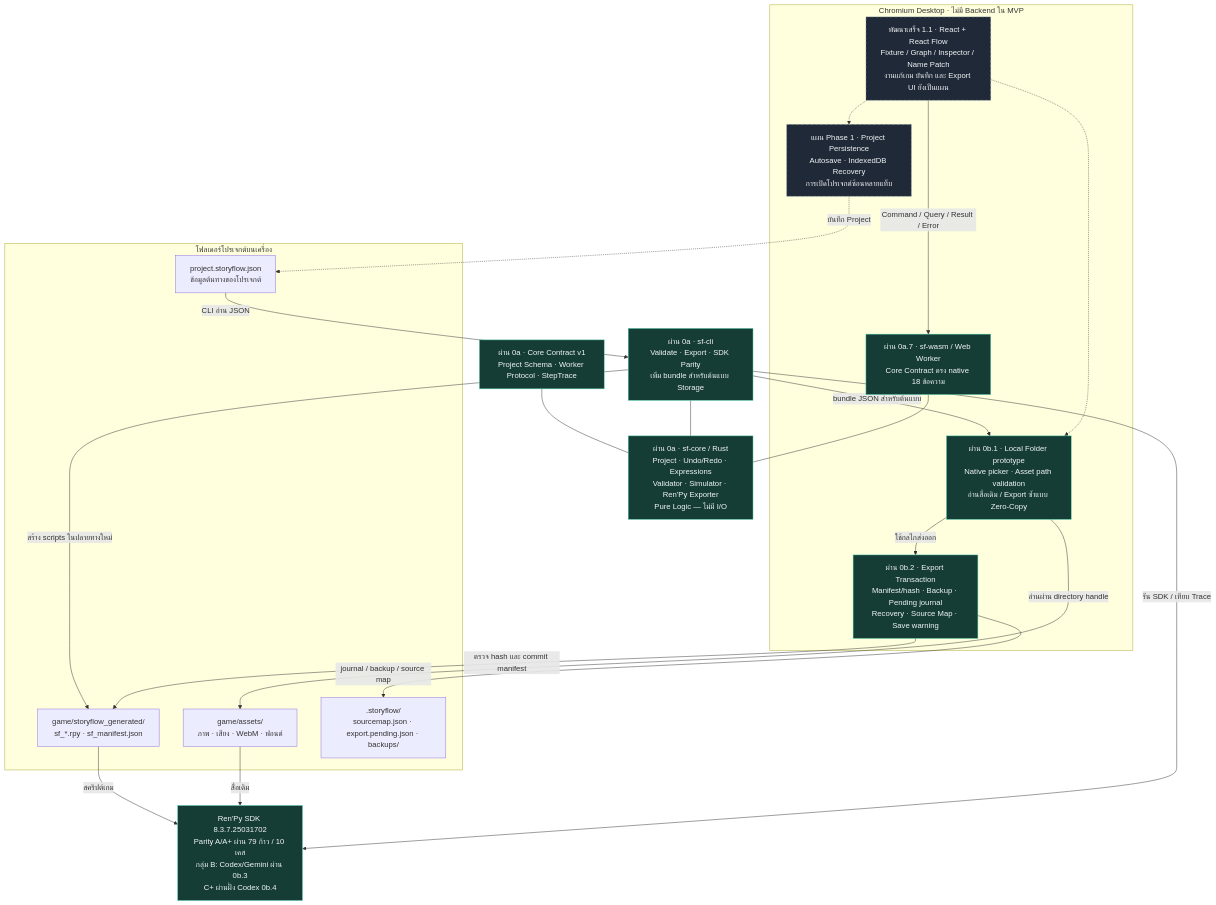
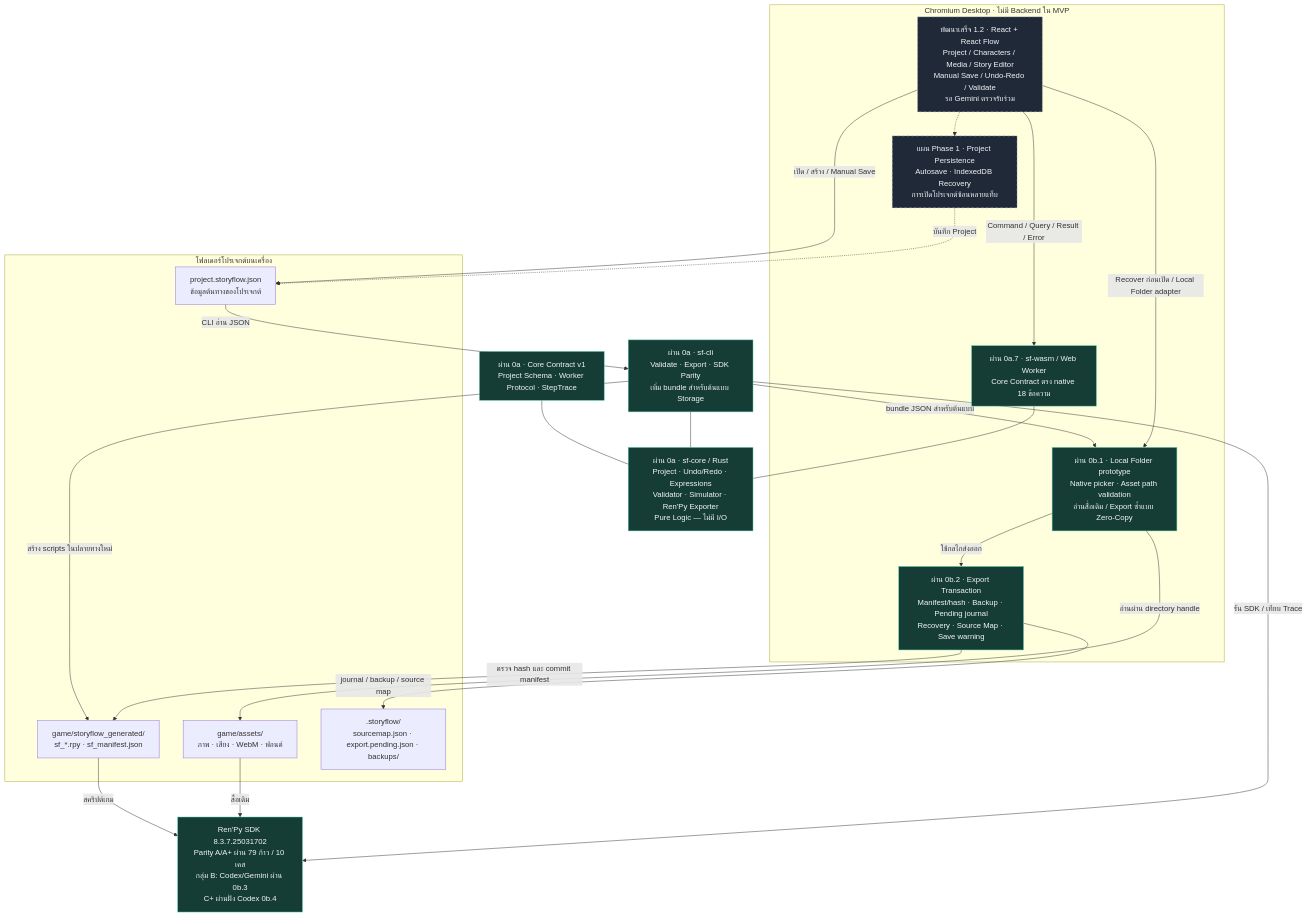
The first of 2 diagrams in readme.md (anuwatm/GameStudio), drawn with Mermaid before and after one commit. The commit also changed other lines of this file and 47 other files, not shown here.

First line of the commit message:
feat: complete Phase 1.2 (Project & Story Editor)

````diff
--- a/readme.md
+++ b/readme.md
@@ -38,47 +38,48 @@
 ```mermaid
 flowchart TB
     Contract["ผ่าน 0a · Core Contract v1<br/>Project Schema · Worker Protocol · StepTrace"]
     Core["ผ่าน 0a · sf-core / Rust<br/>Project · Undo/Redo · Expressions<br/>Validator · Simulator · Ren'Py Exporter<br/>Pure Logic — ไม่มี I/O"]
     CLI["ผ่าน 0a · sf-cli<br/>Validate · Export · SDK Parity<br/>เพิ่ม bundle สำหรับต้นแบบ Storage"]
 
     subgraph Browser["Chromium Desktop · ไม่มี Backend ใน MVP"]
-        UI["พัฒนาเสร็จ 1.1 · React + React Flow<br/>Fixture / Graph / Inspector / Name Patch<br/>งานแก้เกม บันทึก และ Export UI ยังเป็นแผน"]
+        UI["พัฒนาเสร็จ 1.2 · React + React Flow<br/>Project / Characters / Media / Story Editor<br/>Manual Save / Undo-Redo / Validate<br/>รอ Gemini ตรวจรับร่วม"]
         Worker["ผ่าน 0a.7 · sf-wasm / Web Worker<br/>Core Contract ตรง native 18 ข้อความ"]
         Local["ผ่าน 0b.1 · Local Folder prototype<br/>Native picker · Asset path validation<br/>อ่านสื่อเดิม / Export ซ้ำแบบ Zero-Copy"]
         Tx["ผ่าน 0b.2 · Export Transaction<br/>Manifest/hash · Backup · Pending journal<br/>Recovery · Source Map · Save warning"]
         Save["แผน Phase 1 · Project Persistence<br/>Autosave · IndexedDB Recovery<br/>การเปิดโปรเจกต์ซ้อนหลายแท็บ"]
     end
 
     subgraph Disk["โฟลเดอร์โปรเจกต์บนเครื่อง"]
         Project["project.storyflow.json<br/>ข้อมูลต้นทางของโปรเจกต์"]
         Assets["game/assets/<br/>ภาพ · เสียง · WebM · ฟอนต์"]
         Generated["game/storyflow_generated/<br/>sf_*.rpy · sf_manifest.json"]
         Meta[".storyflow/<br/>sourcemap.json · export.pending.json · backups/"]
     end
     SDK["Ren'Py SDK 8.3.7.25031702<br/>Parity A/A+ ผ่าน 79 ก้าว / 10 เคส<br/>กลุ่ม B: Codex/Gemini ผ่าน 0b.3<br/>C+ ผ่านฝั่ง Codex 0b.4"]
 
     Contract --- Core
     CLI --- Core
     Worker --- Core
     Project -->|"CLI อ่าน JSON"| CLI
     CLI -->|"สร้าง scripts ในปลายทางใหม่"| Generated
     CLI -->|"bundle JSON สำหรับต้นแบบ"| Local
     Local -->|"อ่านผ่าน directory handle"| Assets
     Local -->|"ใช้กลไกส่งออก"| Tx
     Tx -->|"ตรวจ hash และ commit manifest"| Generated
     Tx -->|"journal / backup / source map"| Meta
     UI -->|"Command / Query / Result / Error"| Worker
-    UI -.-> Local
+    UI -->|"Recover ก่อนเปิด / Local Folder adapter"| Local
+    UI -->|"เปิด / สร้าง / Manual Save"| Project
     UI -.-> Save
     Save -.->|"บันทึก Project"| Project
     Generated -->|"สคริปต์เกม"| SDK
     Assets -->|"สื่อเดิม"| SDK
     CLI -->|"รัน SDK / เทียบ Trace"| SDK
 
     classDef passed fill:#153d36,stroke:#58d4b4,color:#f2f5f7
     classDef prototype fill:#40351d,stroke:#e2b95c,color:#f2f5f7
     classDef planned fill:#202938,stroke:#a8b5c7,color:#f2f5f7,stroke-dasharray:5 5
     class Contract,Core,CLI,Worker,Local,Tx,SDK passed
 
     class UI,Save planned
 ```
````
